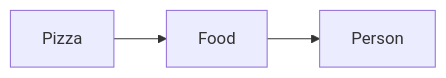
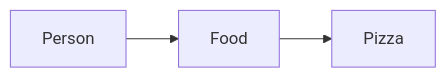
The second of 3 diagrams in django/뷰와 URL conf.md (thinkjin99/my_study), drawn with Mermaid before and after one commit. The commit also changed other lines of this file and 1 other file, not shown here.

Commit message:
Fix django contents
장고 뷰에 존재하는 잘못된 방향의 그래프를 수정했습니다.
장고 입문의 오타를 수정했습니다.

````diff
--- a/django/뷰와 URL conf.md
+++ b/django/뷰와 URL conf.md
@@ -168,4 +168,4 @@
 ```mermaid
 flowchart LR
-Pizza --> Food --> Person
+Person --> Food --> Pizza 
 ```
````
